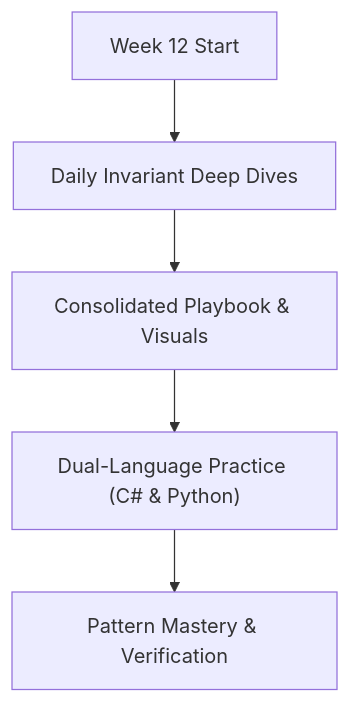
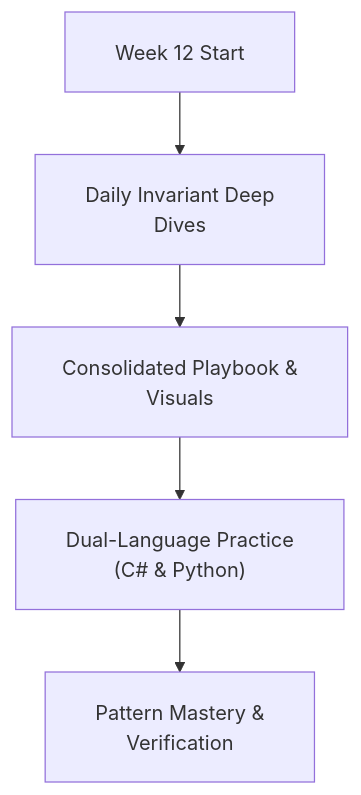
The diagram in week_12_greedy_and_paradigms/README.md (dip4k/DSA_102), drawn with Mermaid before and after one commit. The commit also changed 108 other files, not shown here.

First line of the commit message:
fix(mermaid): resolve diagram clipping, padding, and syntax issues across repo

````diff
--- a/week_12_greedy_and_paradigms/README.md
+++ b/week_12_greedy_and_paradigms/README.md
@@ -16,7 +16,8 @@
 ```mermaid
+%%{init: {"flowchart": {"htmlLabels": true, "padding": 20}}}%%
 flowchart TD
-    Start["Week 12 Start"] --> Daily["Daily Invariant Deep Dives"]
-    Daily --> Playbook["Consolidated Playbook & Visuals"]
-    Playbook --> DualLang["Dual-Language Practice (C# & Python)"]
-    DualLang --> Mastery["Pattern Mastery & Verification"]
+    Start["Week 12 Start"] --> Daily["Daily Invariant Deep<br/>Dives"]
+    Daily --> Playbook["Consolidated Playbook &<br/>Visuals"]
+    Playbook --> DualLang["Dual-Language Practice<br/>(C# & Python)"]
+    DualLang --> Mastery["Pattern Mastery &<br/>Verification"]
 ```
````
